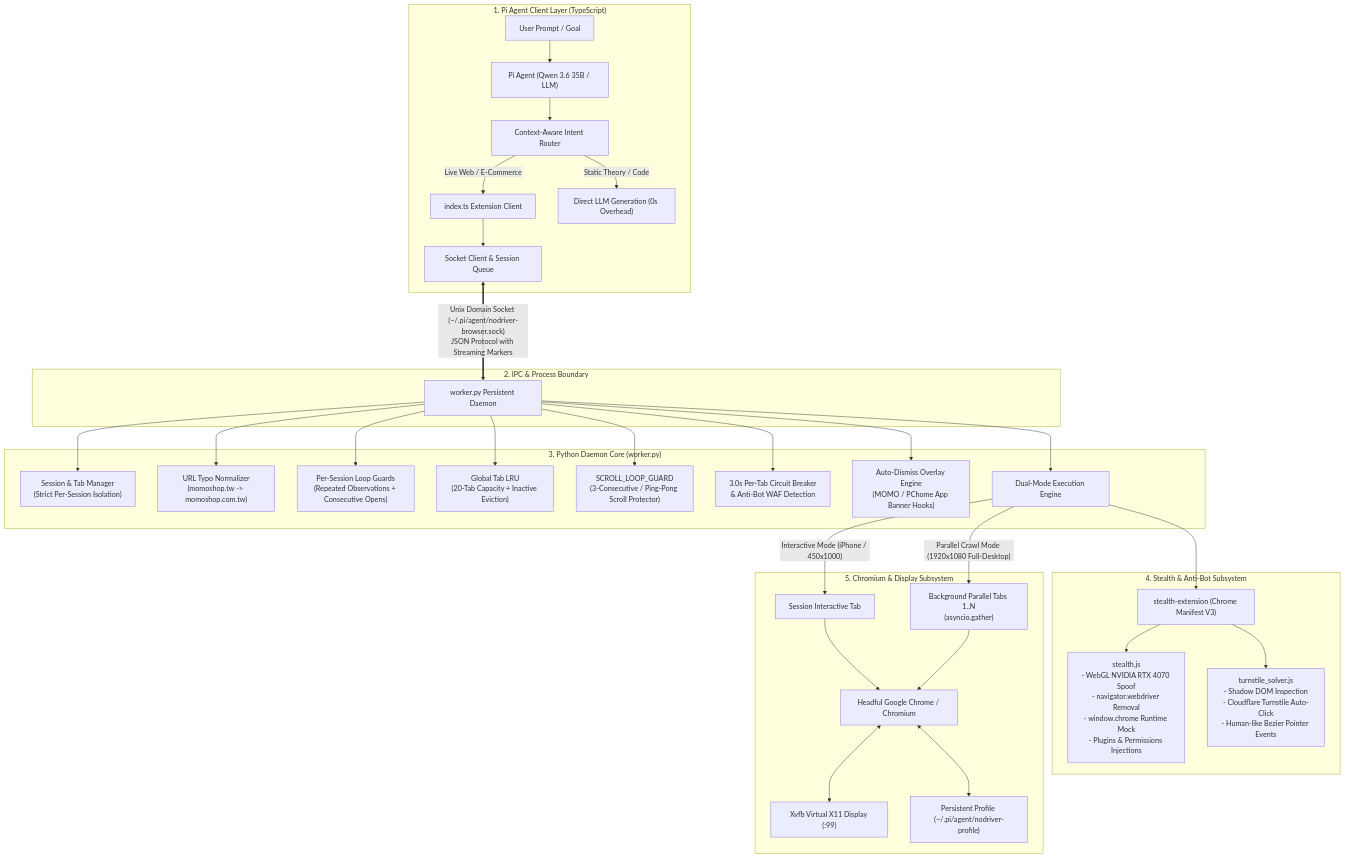
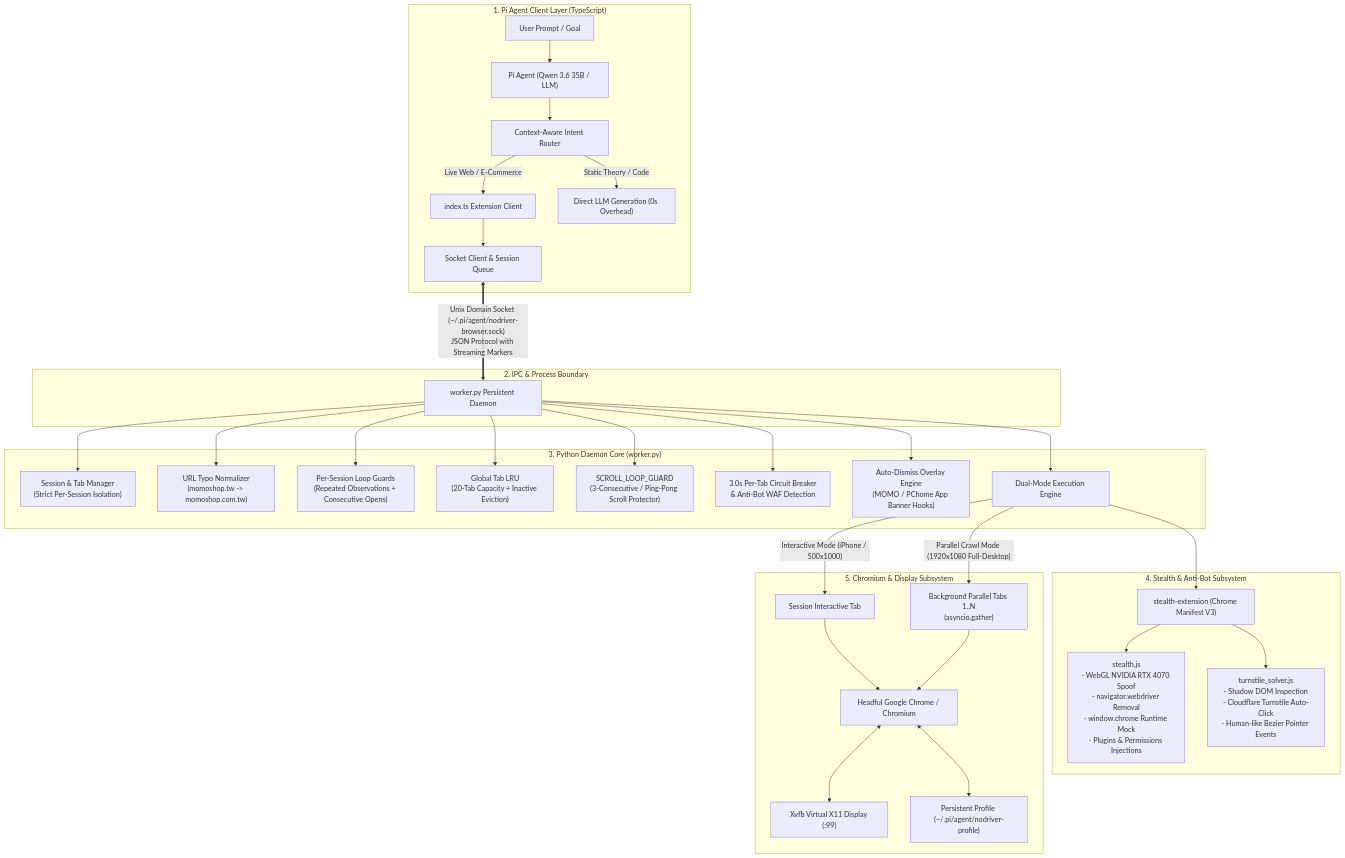
Before and after one commit to AyaSakura-comp/pi-nodriver-browser: the first of 5 diagrams in README.md, drawn with Mermaid. The commit also changed other lines of this file and 3 other files, not shown here.

````diff
--- a/README.md
+++ b/README.md
@@ -23,40 +23,40 @@
 ```mermaid
 flowchart TB
     subgraph ClientLayer["1. Pi Agent Client Layer (TypeScript)"]
         UI["User Prompt / Goal"] --> AGENT["Pi Agent (Qwen 3.6 35B / LLM)"]
         AGENT --> ROUTER["Context-Aware Intent Router"]
         ROUTER -->|"Live Web / E-Commerce"| EXT["index.ts Extension Client"]
         ROUTER -->|"Static Theory / Code"| DIRECT["Direct LLM Generation (0s Overhead)"]
         EXT --> IPC_CLIENT["Socket Client & Session Queue"]
     end
 
     subgraph IPCLayer["2. IPC & Process Boundary"]
         IPC_CLIENT <==>|"Unix Domain Socket (~/.pi/agent/nodriver-browser.sock)\nJSON Protocol with Streaming Markers"| DAEMON["worker.py Persistent Daemon"]
     end
 
     subgraph DaemonLayer["3. Python Daemon Core (worker.py)"]
         DAEMON --> SESSIONS["Session & Tab Manager\n(Strict Per-Session Isolation)"]
         DAEMON --> URL_NORM["URL Typo Normalizer\n(momoshop.tw -> momoshop.com.tw)"]
         DAEMON --> GUARD["Per-Session Loop Guards\n(Repeated Observations + Consecutive Opens)"]
         DAEMON --> TAB_LRU["Global Tab LRU\n(20-Tab Capacity + Inactive Eviction)"]
         DAEMON --> SCROLL_GUARD["SCROLL_LOOP_GUARD\n(3-Consecutive / Ping-Pong Scroll Protector)"]
         DAEMON --> BREAKER["3.0s Per-Tab Circuit Breaker\n& Anti-Bot WAF Detection"]
         DAEMON --> AUTO_DISMISS["Auto-Dismiss Overlay Engine\n(MOMO / PChome App Banner Hooks)"]
         DAEMON --> ENGINE["Dual-Mode Execution Engine"]
     end
 
     subgraph StealthLayer["4. Stealth & Anti-Bot Subsystem"]
         ENGINE --> STEALTH_EXT["stealth-extension (Chrome Manifest V3)"]
         STEALTH_EXT --> S_STEALTH["stealth.js\n- WebGL NVIDIA RTX 4070 Spoof\n- navigator.webdriver Removal\n- window.chrome Runtime Mock\n- Plugins & Permissions Injections"]
         STEALTH_EXT --> S_SOLVER["turnstile_solver.js\n- Shadow DOM Inspection\n- Cloudflare Turnstile Auto-Click\n- Human-like Bezier Pointer Events"]
     end
 
     subgraph BrowserLayer["5. Chromium & Display Subsystem"]
-        ENGINE -->|"Interactive Mode (iPhone / 450x1000)"| TAB_ACTIVE["Session Interactive Tab"]
+        ENGINE -->|"Interactive Mode (iPhone / 500x1000)"| TAB_ACTIVE["Session Interactive Tab"]
         ENGINE -->|"Parallel Crawl Mode (1920x1080 Full-Desktop)"| TABS_POOL["Background Parallel Tabs 1..N\n(asyncio.gather)"]
         TAB_ACTIVE --> CHROME["Headful Google Chrome / Chromium"]
         TABS_POOL --> CHROME
         CHROME <--> XVFB["Xvfb Virtual X11 Display (:99)"]
         CHROME <--> PROFILE["Persistent Profile (~/.pi/agent/nodriver-profile)"]
     end
 ```
````
